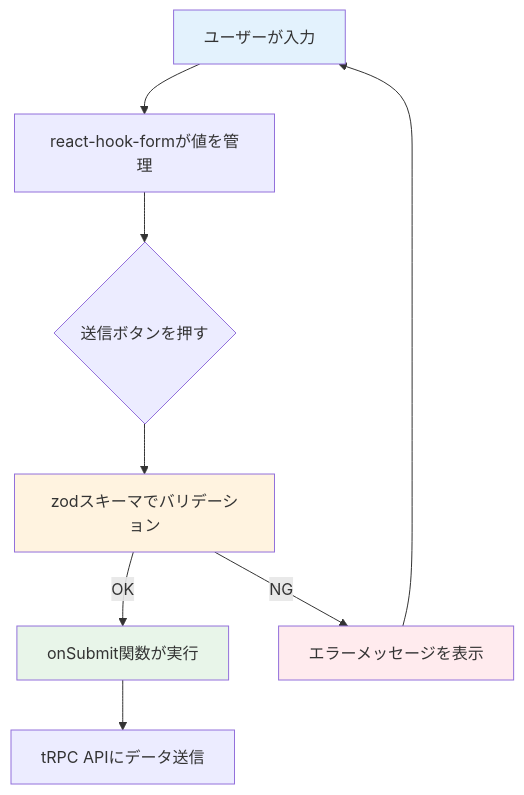
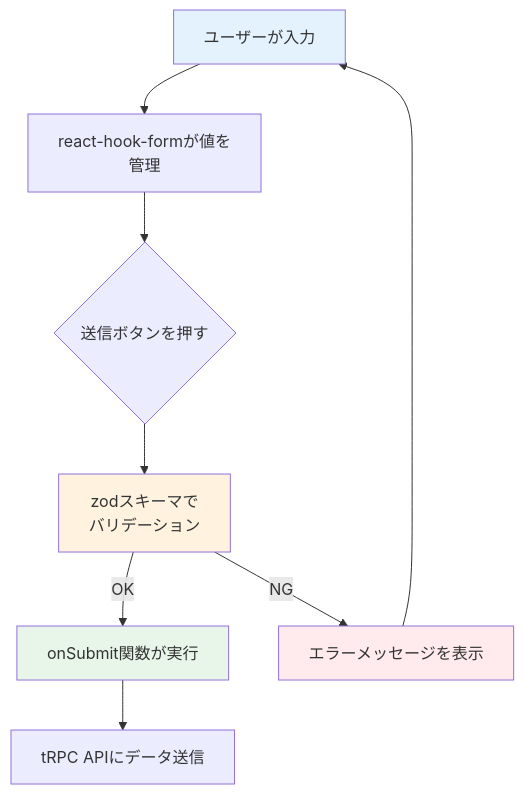
The first of 3 diagrams in material/30days-curriculum/day05_ログイン画面のUI.md (kouiso/task-app), drawn with Mermaid before and after one commit. The commit also changed other lines of this file and 24 other files, not shown here.

First line of the commit message:
fix(material): Mermaid 図のファイル名キャプションとノード途中折れを直す (#457) (#718)

````diff
--- a/material/30days-curriculum/day05_ログイン画面のUI.md
+++ b/material/30days-curriculum/day05_ログイン画面のUI.md
@@ -32,15 +32,15 @@
 ```mermaid
 flowchart TB
-    A[ユーザーが入力] --> B[react-hook-formが値を管理]
+    A[ユーザーが入力] --> B[react-hook-formが値を<br/>管理]
     B --> C{送信ボタンを押す}
-    C --> D[zodスキーマでバリデーション]
+    C --> D[zodスキーマで<br/>バリデーション]
     D -->|OK| E[onSubmit関数が実行]
     D -->|NG| F[エラーメッセージを表示]
     F --> A
     E --> G[tRPC APIにデータ送信]
 
     style A fill:#e3f2fd
     style D fill:#fff3e0
     style E fill:#e8f5e9
     style F fill:#ffebee
 ```
````
